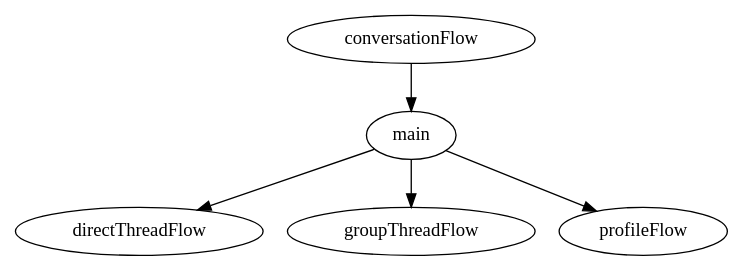
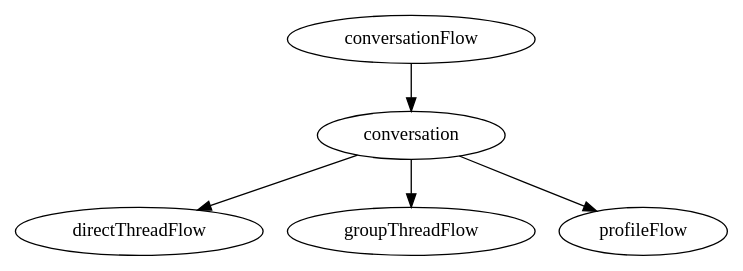
The diagram in feature/chat-conversation/routing/src/main/way/conversation_flow.dot (DeveloperPalmer/clarify-android), drawn with Graphviz before and after one commit. The commit also changed 54 other files, not shown here.

```diff
--- a/feature/chat-conversation/routing/src/main/way/conversation_flow.dot
+++ b/feature/chat-conversation/routing/src/main/way/conversation_flow.dot
@@ -1,32 +1,32 @@
 digraph ConversationFlow {
   package = "ru.sla.clarify.feature.chat.conversation.routing"
 
   conversationFlow [
     type = "flow",
     resultType = "ru.sla.clarify.feature.chat.conversation.routing.ConversationFlow.Result"
   ]
 
   directThreadFlow [
     type = "schema"
     parameterName = "params"
     parameterType = "ru.sla.clarify.feature.chat.direct.thread.domain.entity.TargetParams"
   ]
 
   groupThreadFlow [
     type = "schema"
     parameterName = "params"
     parameterType = "ru.sla.clarify.feature.chat.group.thread.domain.entity.TargetParams"
     resultType = "ru.sla.clarify.feature.chat.group.thread.routing.GroupThreadFlow.Result"
   ]
 
   profileFlow [
     type = "schema",
     resultType = "ru.sla.clarify.feature.profile.routing.ProfileFlow.Result"
   ]
 
-  conversationFlow -> main
+  conversationFlow -> conversation
 
-  main -> directThreadFlow
-  main -> groupThreadFlow
-  main -> profileFlow
+  conversation -> directThreadFlow
+  conversation -> groupThreadFlow
+  conversation -> profileFlow
 }
```
